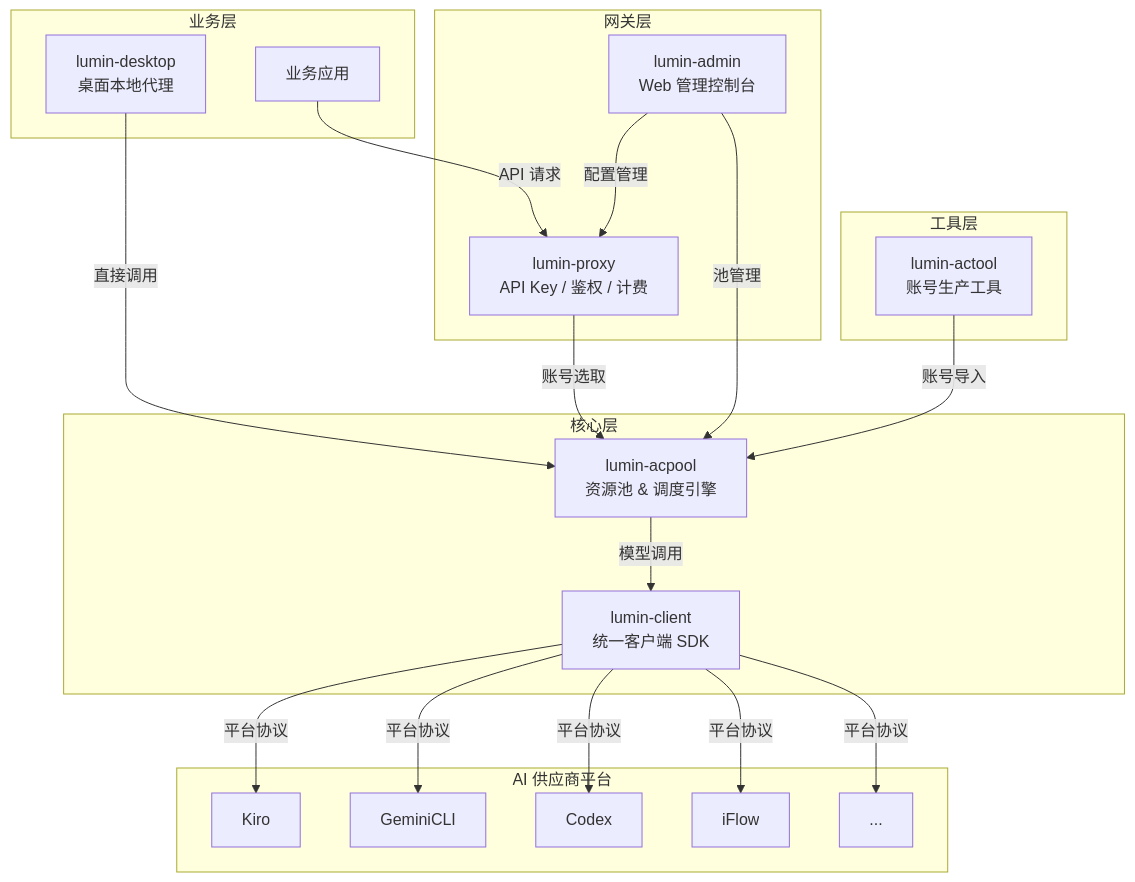
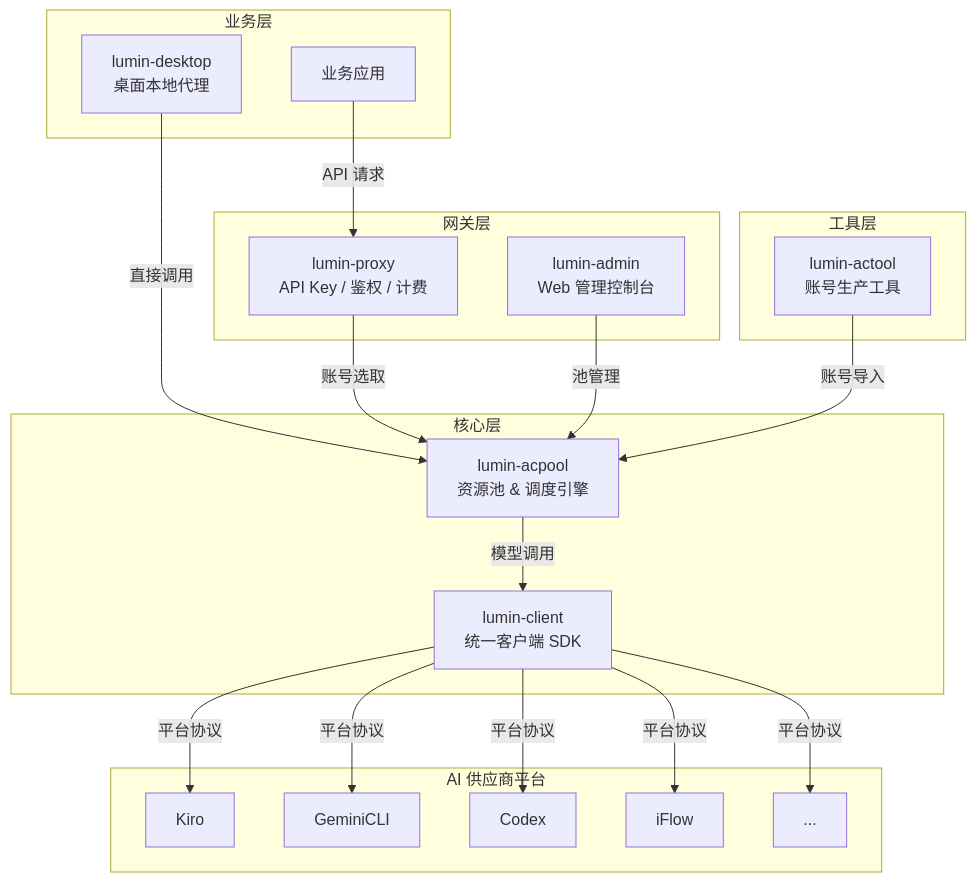
Before and after one commit to nomand-zc/lumin-acpool: the first of 3 diagrams in docs/README_zh_CN.md, drawn with Mermaid. The commit also changed other lines of this file and 1 other file, not shown here.

````diff
--- a/docs/README_zh_CN.md
+++ b/docs/README_zh_CN.md
@@ -36,42 +36,41 @@
 ```mermaid
 graph TB
     subgraph "业务层"
         BIZ[业务应用]
         DESKTOP[lumin-desktop<br/>桌面本地代理]
     end
 
     subgraph "网关层"
         PROXY[lumin-proxy<br/>API Key / 鉴权 / 计费]
         ADMIN[lumin-admin<br/>Web 管理控制台]
     end
 
     subgraph "核心层"
         ACPOOL[lumin-acpool<br/>资源池 & 调度引擎]
         CLIENT[lumin-client<br/>统一客户端 SDK]
     end
 
     subgraph "工具层"
         ACTOOL[lumin-actool<br/>账号生产工具]
     end
 
     subgraph "AI 供应商平台"
         KIRO[Kiro]
         GEMINI[GeminiCLI]
         CODEX[Codex]
         IFLOW[iFlow]
         MORE[...]
     end
 
     BIZ -->|API 请求| PROXY
     DESKTOP -->|直接调用| ACPOOL
     PROXY -->|账号选取| ACPOOL
     ADMIN -->|池管理| ACPOOL
-    ADMIN -->|配置管理| PROXY
     ACPOOL -->|模型调用| CLIENT
     CLIENT -->|平台协议| KIRO
     CLIENT -->|平台协议| GEMINI
     CLIENT -->|平台协议| CODEX
     CLIENT -->|平台协议| IFLOW
     CLIENT -->|平台协议| MORE
     ACTOOL -->|账号导入| ACPOOL
 ```
````
